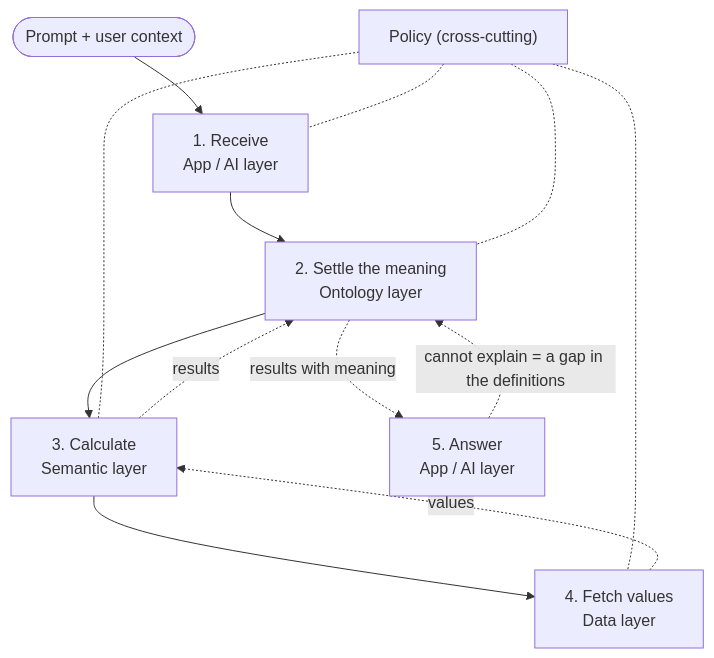
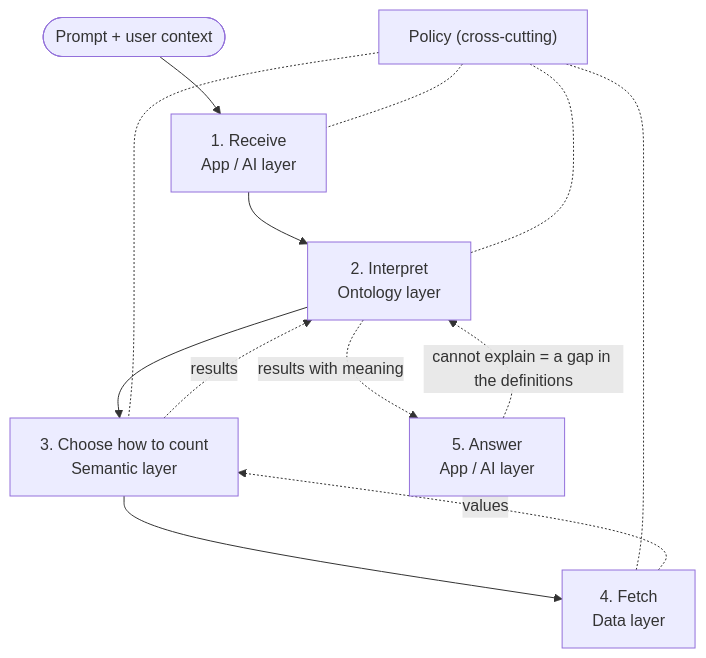
The first of 2 diagrams in framework/en/07_ai-processing-flow.md (keito118/ai-ready-requirements), drawn with Mermaid before and after one commit. The commit also changed other lines of this file and 16 other files, not shown here.

First line of the commit message:
Keep the five-element ontology and apply the new layer order

````diff
--- a/framework/en/07_ai-processing-flow.md
+++ b/framework/en/07_ai-processing-flow.md
@@ -7,13 +7,13 @@
 ```mermaid
 flowchart TB
   Q([Prompt + user context]) --> A1["1. Receive<br/>App / AI layer"]
-  A1 --> O["2. Settle the meaning<br/>Ontology layer"]
-  O --> S["3. Calculate<br/>Semantic layer"]
-  S --> D["4. Fetch values<br/>Data layer"]
+  A1 --> O["2. Interpret<br/>Ontology layer"]
+  O --> S["3. Choose how to count<br/>Semantic layer"]
+  S --> D["4. Fetch<br/>Data layer"]
   D -. values .-> S -. results .-> O -. results with meaning .-> A2["5. Answer<br/>App / AI layer"]
   A2 -. cannot explain = a gap in the definitions .-> O
   P["Policy (cross-cutting)"] -.- A1
   P -.- O
   P -.- S
   P -.- D
 ```
````
